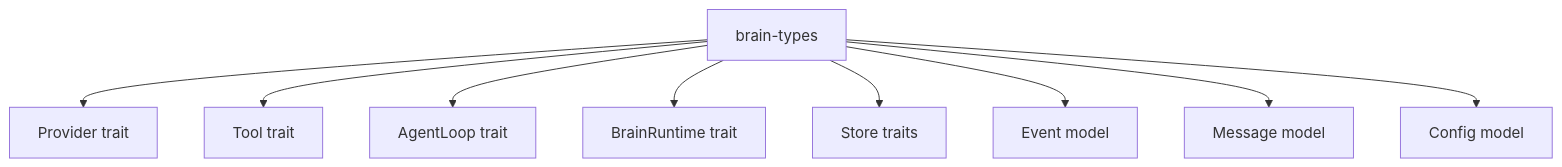
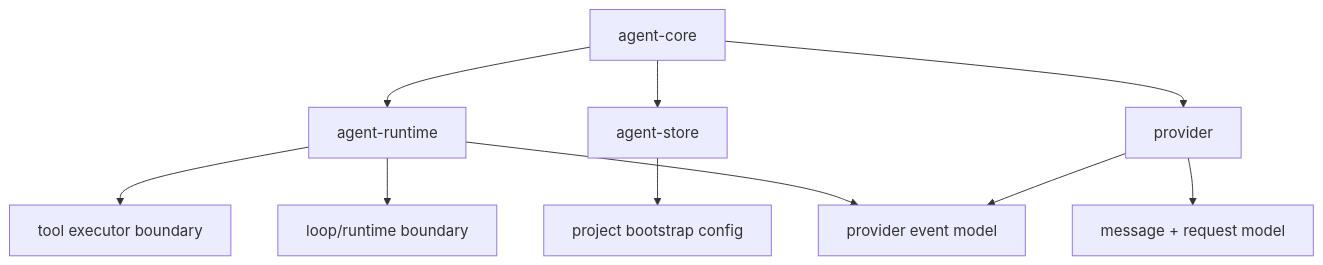
Before and after one commit to leto-labs/leto: the diagram in docs/architecture/types.md, drawn with Mermaid. The commit also changed other lines of this file and 160 other files, not shown here.

````diff
--- a/docs/architecture/types.md
+++ b/docs/architecture/types.md
@@ -31,12 +30,17 @@
 ```mermaid
 flowchart TD
-    Types[brain-types]
-    Types --> Provider[Provider trait]
-    Types --> Tool[Tool trait]
-    Types --> Loop[AgentLoop trait]
-    Types --> Runtime[BrainRuntime trait]
-    Types --> Store[Store traits]
-    Types --> Event[Event model]
-    Types --> Message[Message model]
-    Types --> Config[Config model]
+    Provider[provider]
+    Runtime[agent-runtime]
+    Store[agent-store]
+    Core[agent-core]
+
+    Provider --> Message[message + request model]
+    Provider --> Event[provider event model]
+    Runtime --> Tool[tool executor boundary]
+    Runtime --> Loop[loop/runtime boundary]
+    Runtime --> Event
+    Store --> Config[project bootstrap config]
+    Core --> Runtime
+    Core --> Store
+    Core --> Provider
 ```
````
